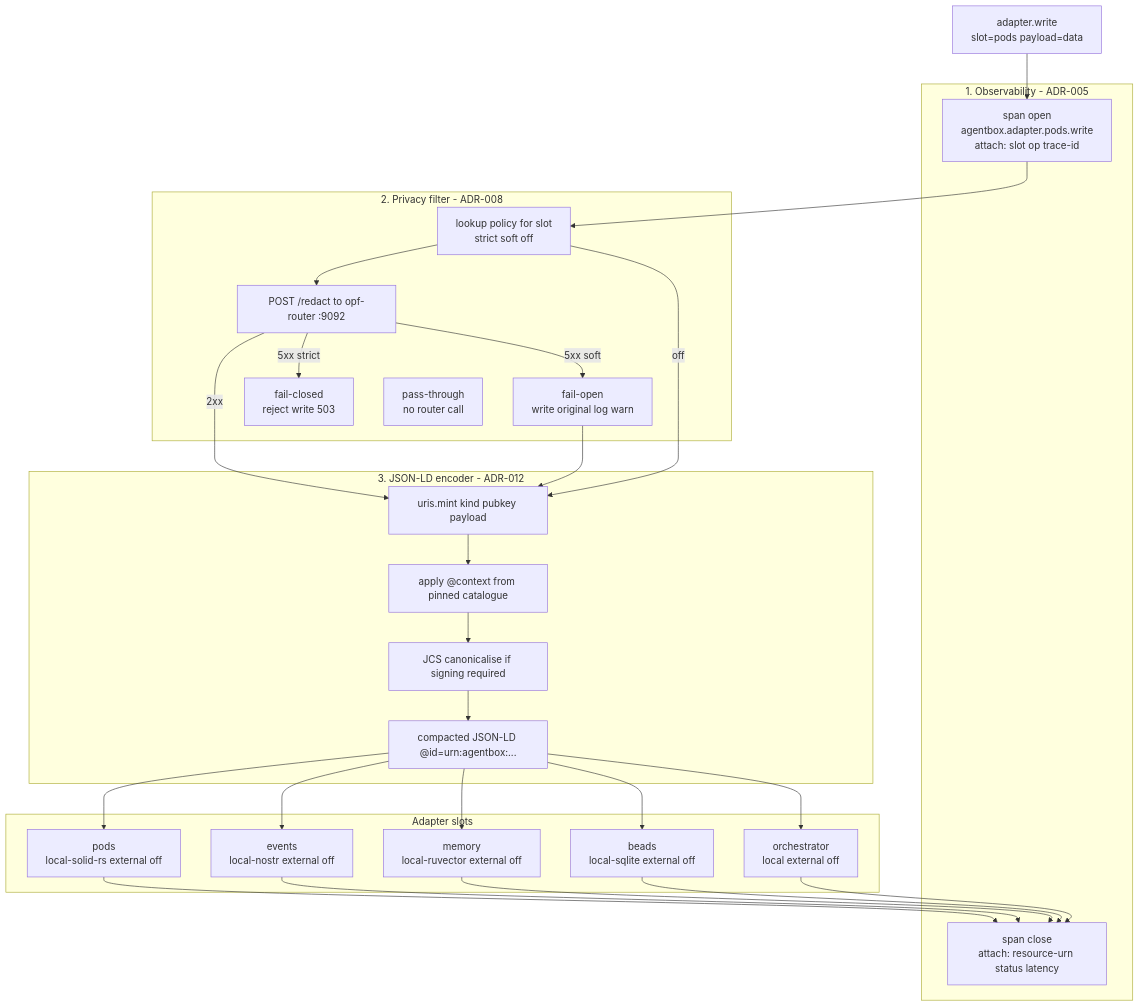
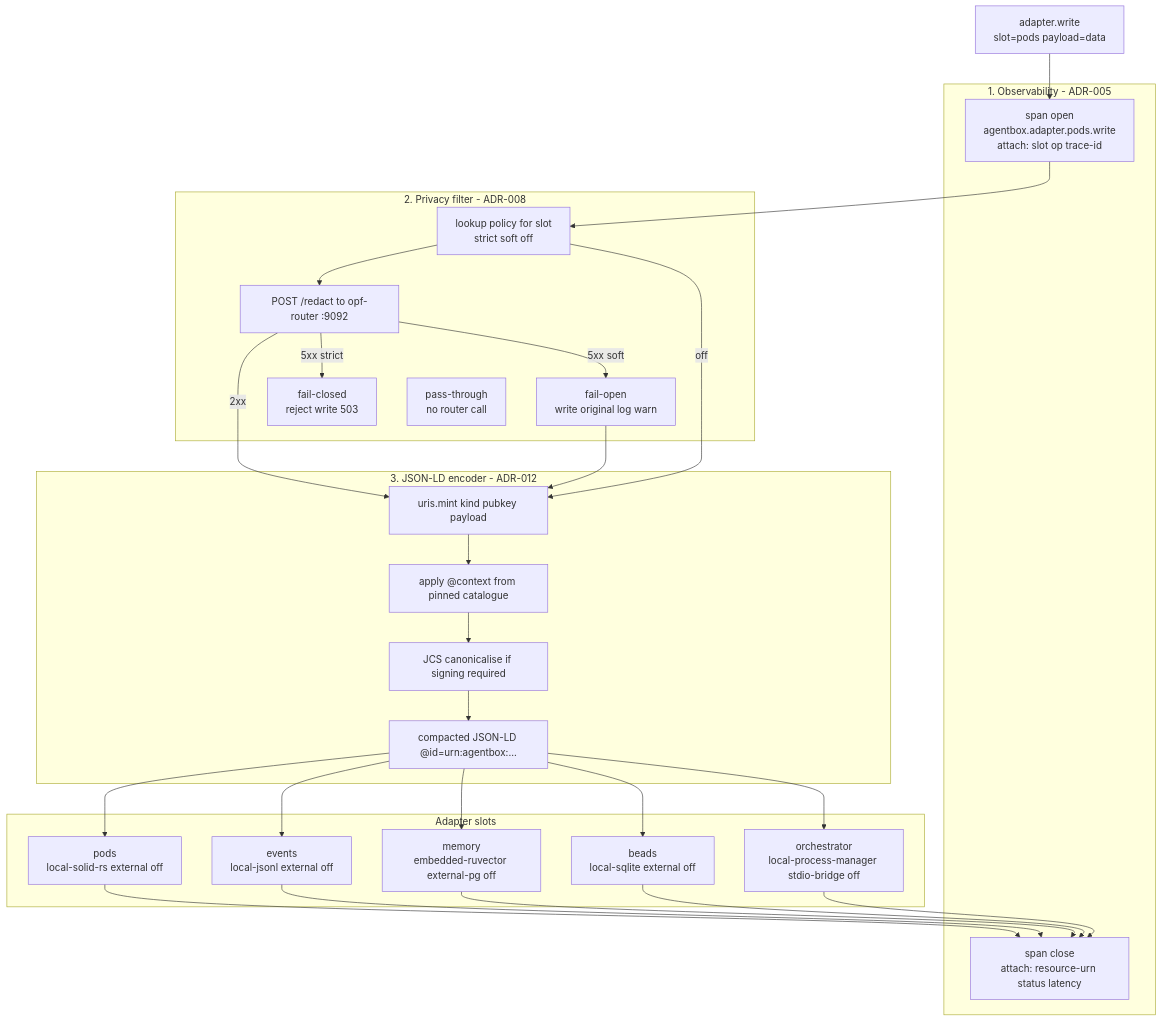
One commit to DreamLab-AI/agentbox changed the third of 6 diagrams in docs/developer/identity-mesh.md. Above: the diagram before and after it, drawn with Mermaid. The commit also changed other lines of this file and 11 other files, not shown here.

Commit message:
docs(diagrams): align mermaid diagrams to code ground truth; label aspirational flows and known gaps

````diff
--- a/docs/developer/identity-mesh.md
+++ b/docs/developer/identity-mesh.md
@@ -138,54 +147,54 @@
 ```mermaid
 flowchart TB
     CALL[adapter.write\nslot=pods payload=data]
 
     subgraph obs["1. Observability - ADR-005"]
         OBS_B[span open\nagentbox.adapter.pods.write\nattach: slot op trace-id]
         OBS_E[span close\nattach: resource-urn status latency]
     end
 
     subgraph pf["2. Privacy filter - ADR-008"]
         PF_POLICY[lookup policy for slot\nstrict soft off]
         PF_CALL[POST /redact to opf-router :9092]
         PF_STRICT[fail-closed\nreject write 503]
         PF_SOFT[fail-open\nwrite original log warn]
         PF_OFF[pass-through\nno router call]
     end
 
     subgraph enc["3. JSON-LD encoder - ADR-012"]
         ENC_MINT[uris.mint kind pubkey payload]
         ENC_CTX[apply @context from pinned catalogue]
         ENC_JCS[JCS canonicalise if signing required]
         ENC_OUT[compacted JSON-LD @id=urn:agentbox:...]
     end
 
     subgraph slots["Adapter slots"]
         S_PODS[pods\nlocal-solid-rs external off]
-        S_EVENTS[events\nlocal-nostr external off]
-        S_MEMORY[memory\nlocal-ruvector external off]
+        S_EVENTS[events\nlocal-jsonl external off]
+        S_MEMORY[memory\nembedded-ruvector external-pg off]
         S_BEADS[beads\nlocal-sqlite external off]
-        S_ORCH[orchestrator\nlocal external off]
+        S_ORCH[orchestrator\nlocal-process-manager stdio-bridge off]
     end
 
     CALL --> OBS_B
     OBS_B --> PF_POLICY
     PF_POLICY --> PF_CALL
     PF_CALL -->|2xx| ENC_MINT
     PF_CALL -->|5xx strict| PF_STRICT
     PF_CALL -->|5xx soft| PF_SOFT
     PF_POLICY -->|off| ENC_MINT
     PF_SOFT --> ENC_MINT
     ENC_MINT --> ENC_CTX
     ENC_CTX --> ENC_JCS
     ENC_JCS --> ENC_OUT
     ENC_OUT --> S_PODS
     ENC_OUT --> S_EVENTS
     ENC_OUT --> S_MEMORY
     ENC_OUT --> S_BEADS
     ENC_OUT --> S_ORCH
     S_PODS --> OBS_E
     S_EVENTS --> OBS_E
     S_MEMORY --> OBS_E
     S_BEADS --> OBS_E
     S_ORCH --> OBS_E
 ```
````
